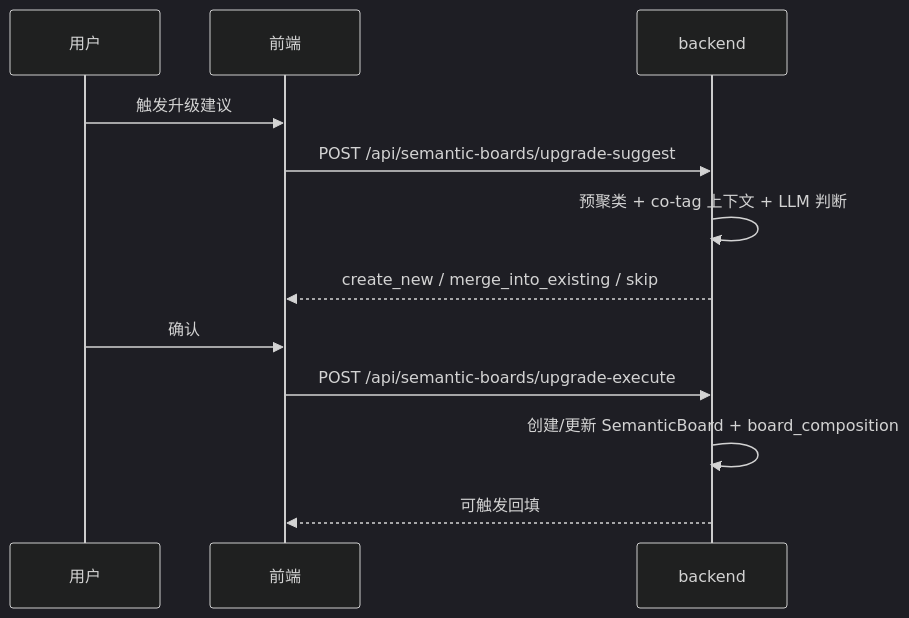
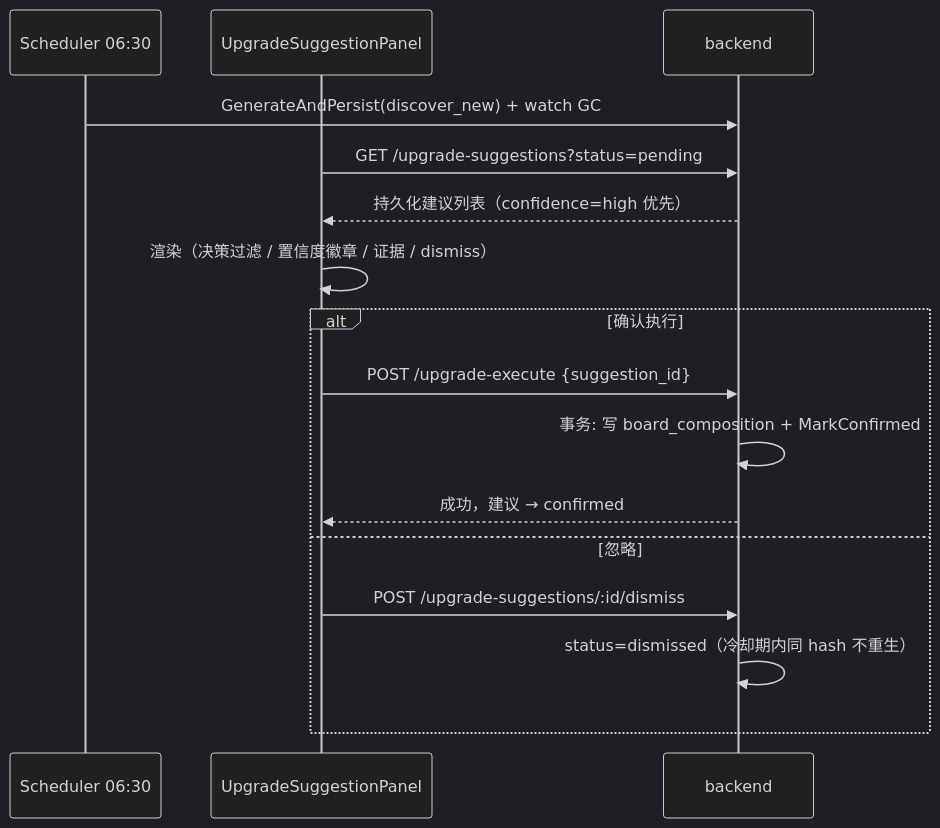
Before and after one commit to ZanebonoAlter/my-robot: the fourth of 4 diagrams in docs/reference/flow/semantic-board.md, drawn with Mermaid (dark theme). The commit also changed other lines of this file and 5 other files, not shown here.

First line of the commit message:
fix(board-upgrade): validateMergeTargets target 超出 shortlist 改保留标注 (方案B)

````diff
--- a/docs/reference/flow/semantic-board.md
+++ b/docs/reference/flow/semantic-board.md
@@ -30,14 +87,18 @@
 ```mermaid
 sequenceDiagram
-  participant U as 用户
-  participant FE as 前端
+  participant SCH as Scheduler 06:30
+  participant FE as UpgradeSuggestionPanel
   participant BE as backend
-  U->>FE: 触发升级建议
-  FE->>BE: POST /api/semantic-boards/upgrade-suggest
-  BE->>BE: 预聚类 + co-tag 上下文 + LLM 判断
-  BE-->>FE: create_new / merge_into_existing / skip
-  U->>FE: 确认
-  FE->>BE: POST /api/semantic-boards/upgrade-execute
-  BE->>BE: 创建/更新 SemanticBoard + board_composition
-  BE-->>FE: 可触发回填
+  SCH->>BE: GenerateAndPersist(discover_new) + watch GC
+  FE->>BE: GET /upgrade-suggestions?status=pending
+  BE-->>FE: 持久化建议列表（confidence=high 优先）
+  FE->>FE: 渲染（决策过滤 / 置信度徽章 / 证据 / dismiss）
+  alt 确认执行
+    FE->>BE: POST /upgrade-execute {suggestion_id}
+    BE->>BE: 事务: 写 board_composition + MarkConfirmed
+    BE-->>FE: 成功，建议 → confirmed
+  else 忽略
+    FE->>BE: POST /upgrade-suggestions/:id/dismiss
+    BE->>BE: status=dismissed（冷却期内同 hash 不重生）
+  end
 ```
````
